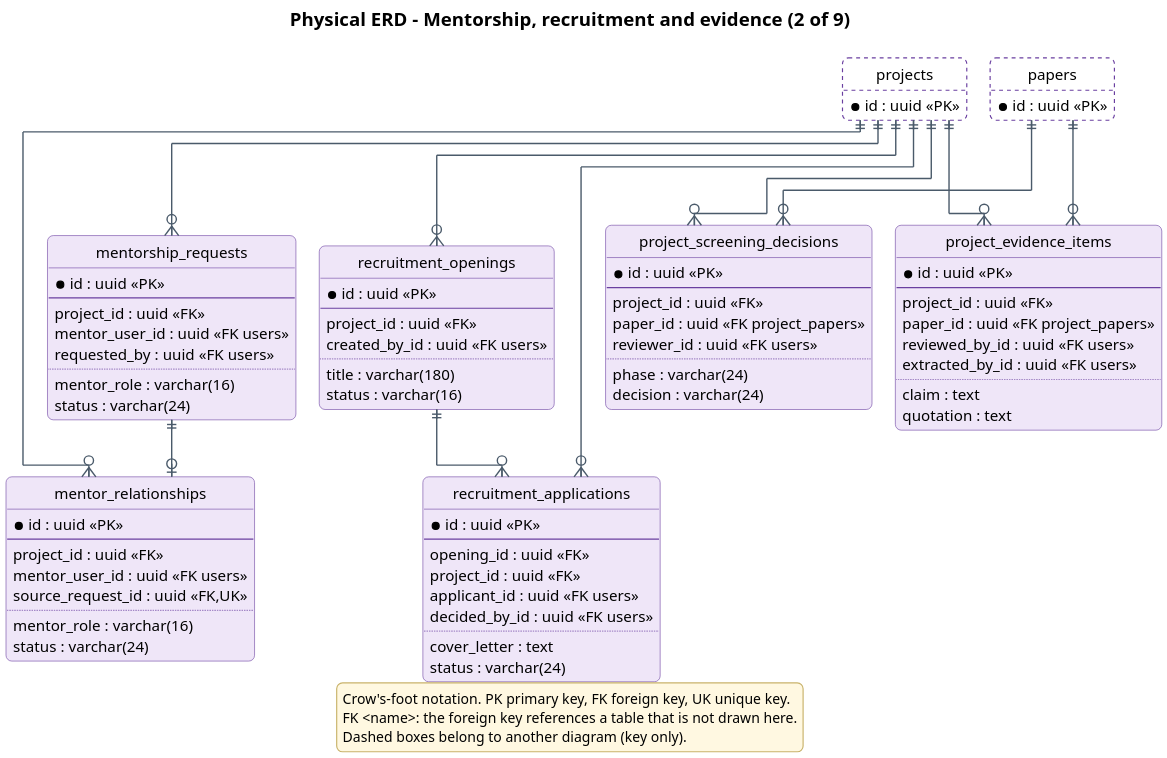
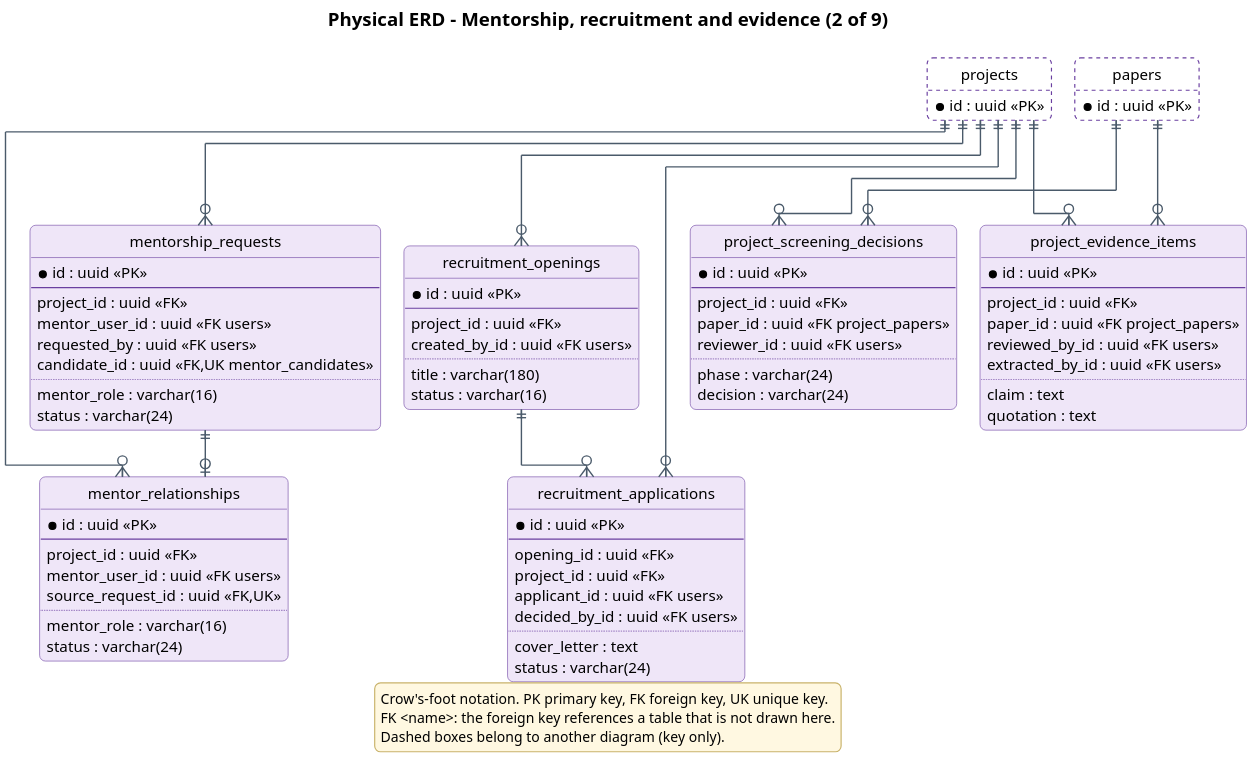
Before and after one commit to Khoa-Hoa-Technology-Solution-Company/lumi-gap: the diagram in docs/diagrams/report4/R4_ERD_projects_b.puml, drawn with PlantUML. The commit also changed 48 other files, not shown here.

First line of the commit message:
docs: update diagrams to main 38bd889

```diff
--- a/docs/diagrams/report4/R4_ERD_projects_b.puml
+++ b/docs/diagrams/report4/R4_ERD_projects_b.puml
@@ -1,110 +1,111 @@
 @startuml
 !pragma layout elk
 skinparam dpi 200
 skinparam defaultFontName "Segoe UI"
 skinparam defaultFontSize 13
 skinparam shadowing false
 skinparam roundCorner 10
 skinparam backgroundColor #FFFFFF
 skinparam ArrowColor #4A5A6A
 skinparam ArrowThickness 1.2
 skinparam ArrowFontSize 12
 skinparam ArrowFontColor #4A5A6A
 skinparam TitleFontSize 16
 skinparam TitleFontStyle bold
 skinparam entity {
   BackgroundColor #EFE6F8
   BorderColor #6A3FA0
 }
 skinparam legend {
   BackgroundColor #FFF8E1
   BorderColor #C9B36B
   FontSize 12
 }
 skinparam stereotypeFontSize 10
 hide circle
 hide empty methods
 title Physical ERD - Mentorship, recruitment and evidence (2 of 9)
 entity mentorship_requests #EFE6F8;line:6A3FA0 {
   * id : uuid <<PK>>
   --
   project_id : uuid <<FK>>
   mentor_user_id : uuid <<FK users>>
   requested_by : uuid <<FK users>>
+  candidate_id : uuid <<FK,UK mentor_candidates>>
   ..
   mentor_role : varchar(16)
   status : varchar(24)
 }
 entity mentor_relationships #EFE6F8;line:6A3FA0 {
   * id : uuid <<PK>>
   --
   project_id : uuid <<FK>>
   mentor_user_id : uuid <<FK users>>
   source_request_id : uuid <<FK,UK>>
   ..
   mentor_role : varchar(16)
   status : varchar(24)
 }
 entity recruitment_openings #EFE6F8;line:6A3FA0 {
   * id : uuid <<PK>>
   --
   project_id : uuid <<FK>>
   created_by_id : uuid <<FK users>>
   ..
   title : varchar(180)
   status : varchar(16)
 }
 entity recruitment_applications #EFE6F8;line:6A3FA0 {
   * id : uuid <<PK>>
   --
   opening_id : uuid <<FK>>
   project_id : uuid <<FK>>
   applicant_id : uuid <<FK users>>
   decided_by_id : uuid <<FK users>>
   ..
   cover_letter : text
   status : varchar(24)
 }
 entity project_screening_decisions #EFE6F8;line:6A3FA0 {
   * id : uuid <<PK>>
   --
   project_id : uuid <<FK>>
   paper_id : uuid <<FK project_papers>>
   reviewer_id : uuid <<FK users>>
   ..
   phase : varchar(24)
   decision : varchar(24)
 }
 entity project_evidence_items #EFE6F8;line:6A3FA0 {
   * id : uuid <<PK>>
   --
   project_id : uuid <<FK>>
   paper_id : uuid <<FK project_papers>>
   reviewed_by_id : uuid <<FK users>>
   extracted_by_id : uuid <<FK users>>
   ..
   claim : text
   quotation : text
 }
 entity projects #FFFFFF;line:6A3FA0;line.dashed {
   * id : uuid <<PK>>
 }
 entity papers #FFFFFF;line:6A3FA0;line.dashed {
   * id : uuid <<PK>>
 }
 mentorship_requests ||--o| mentor_relationships
 papers ||--o{ project_evidence_items
 papers ||--o{ project_screening_decisions
 projects ||--o{ mentor_relationships
 projects ||--o{ mentorship_requests
 projects ||--o{ project_evidence_items
 projects ||--o{ project_screening_decisions
 projects ||--o{ recruitment_applications
 projects ||--o{ recruitment_openings
 recruitment_openings ||--o{ recruitment_applications
 legend bottom
 Crow's-foot notation. PK primary key, FK foreign key, UK unique key.
 FK <name>: the foreign key references a table that is not drawn here.
 Dashed boxes belong to another diagram (key only).
 endlegend
 @enduml
```
